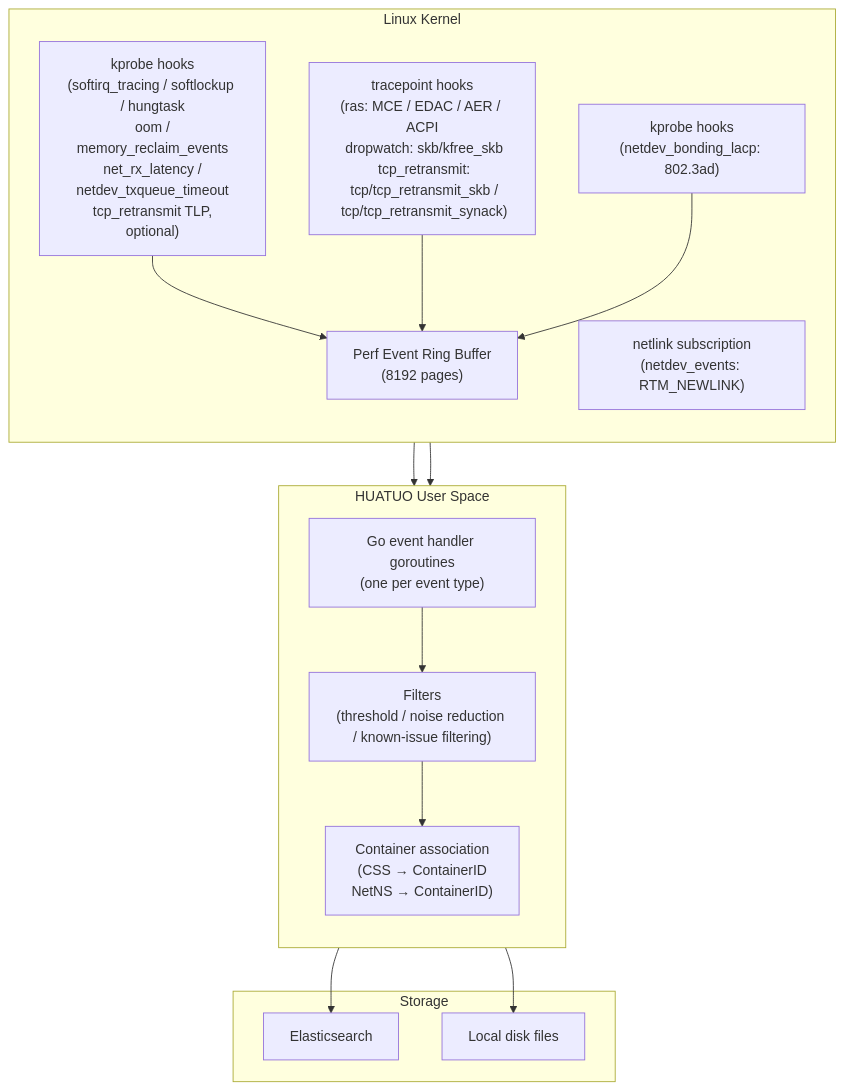
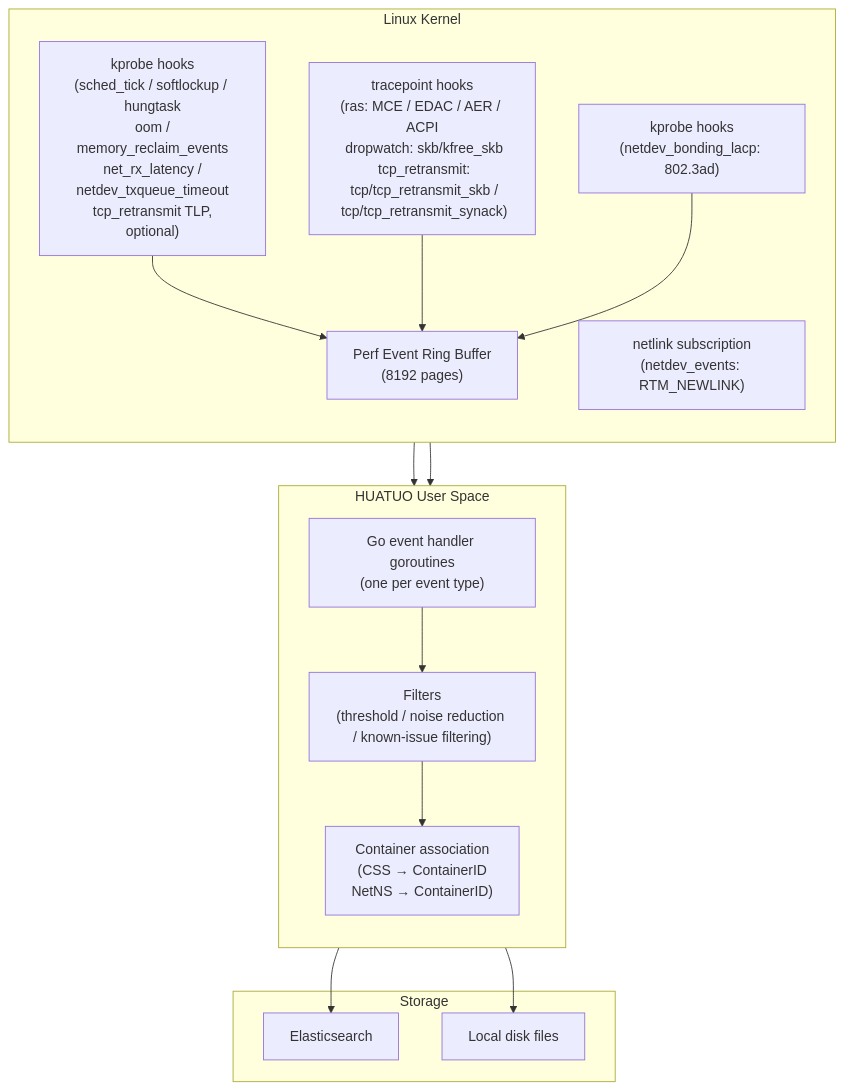
One commit to ccfos/huatuo changed the first of 2 diagrams in docs/key-feature/instant-observability_en.md. Above: the diagram before and after it, drawn with Mermaid. The commit also changed other lines of this file and 16 other files, not shown here.

First line of the commit message:
refactor(events): rename scheduler tick tracer

````diff
--- a/docs/key-feature/instant-observability_en.md
+++ b/docs/key-feature/instant-observability_en.md
@@ -514,33 +522,33 @@
 ```mermaid
 graph TB
     subgraph "Linux Kernel"
         direction TB
-        K1["kprobe hooks\n(softirq_tracing / softlockup / hungtask\n oom / memory_reclaim_events\n net_rx_latency / netdev_txqueue_timeout\n tcp_retransmit TLP, optional)"]
+        K1["kprobe hooks\n(sched_tick / softlockup / hungtask\n oom / memory_reclaim_events\n net_rx_latency / netdev_txqueue_timeout\n tcp_retransmit TLP, optional)"]
         K2["tracepoint hooks\n(ras: MCE / EDAC / AER / ACPI\n dropwatch: skb/kfree_skb\n tcp_retransmit:\n tcp/tcp_retransmit_skb /\n tcp/tcp_retransmit_synack)"]
         K3["netlink subscription\n(netdev_events: RTM_NEWLINK)"]
         K4["kprobe hooks\n(netdev_bonding_lacp: 802.3ad)"]
         PEB["Perf Event Ring Buffer\n(8192 pages)"]
     end
 
     subgraph "HUATUO User Space"
         direction TB
         EH["Go event handler goroutines\n(one per event type)"]
         CF["Filters\n(threshold / noise reduction / known-issue filtering)"]
         CM["Container association\n(CSS → ContainerID\n NetNS → ContainerID)"]
     end
 
     subgraph "Storage"
         ES["Elasticsearch"]
         DISK["Local disk files"]
     end
 
     K1 --> PEB
     K2 --> PEB
     K4 --> PEB
     PEB --> EH
     K3 --> EH
     EH --> CF
     CF --> CM
     CM --> ES
     CM --> DISK
 ```
````
